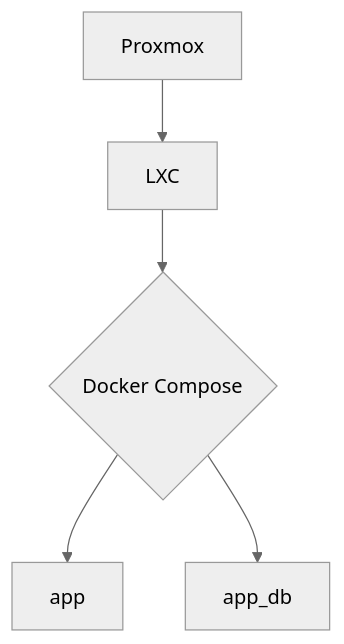
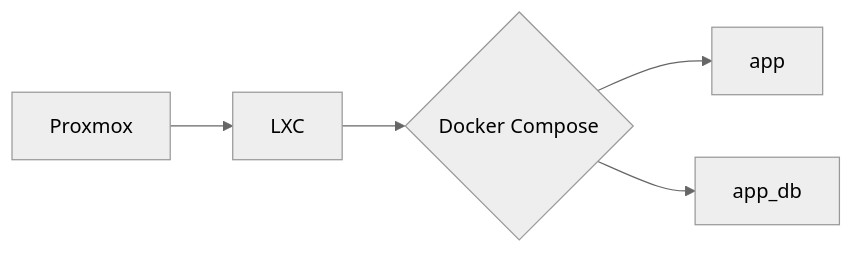
Before and after one commit to jamolnng/lder.dev: the diagram in _posts/2022-06-11-100-days-of-homelab.md, drawn with Mermaid (neutral theme).

Commit message:
post(100 days of homelab): change chart type

````diff
--- a/_posts/2022-06-11-100-days-of-homelab.md
+++ b/_posts/2022-06-11-100-days-of-homelab.md
@@ -49,7 +49,7 @@
   ```mermaid
-  graph TD
+  flowchart LR
     A[Proxmox] --> B[LXC]
     B --> C{Docker Compose}
     C --> D[app]
     C --> E[app_db]
   ```
````
